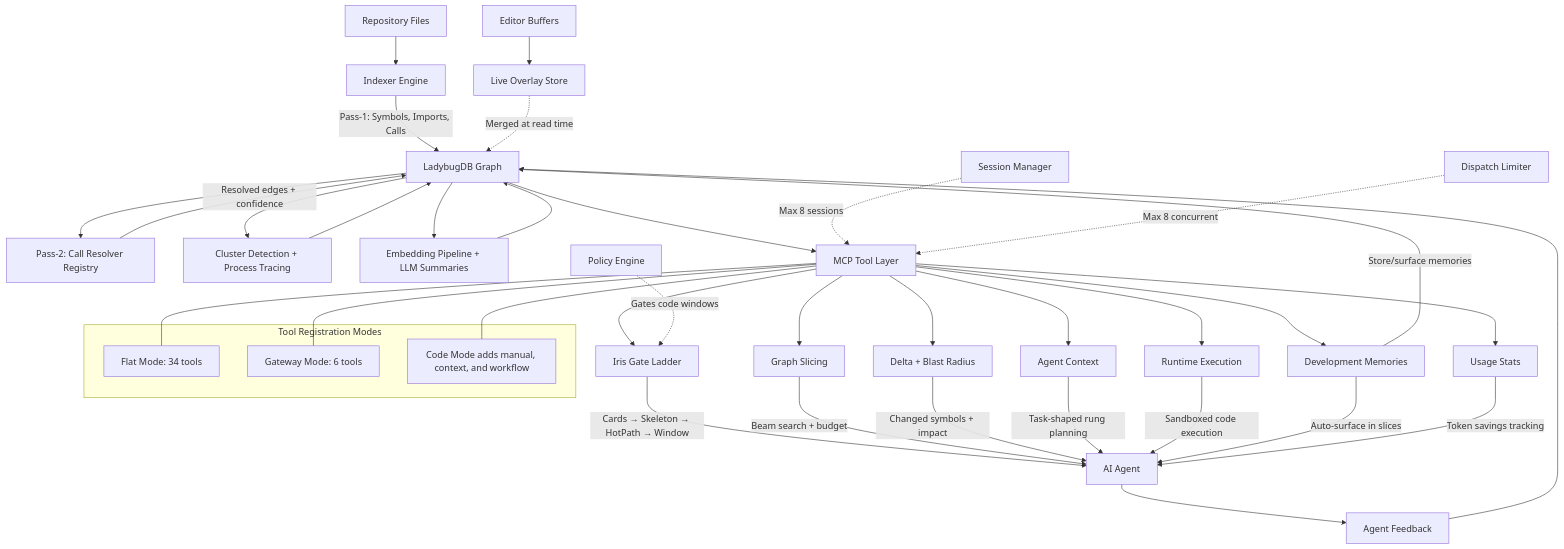
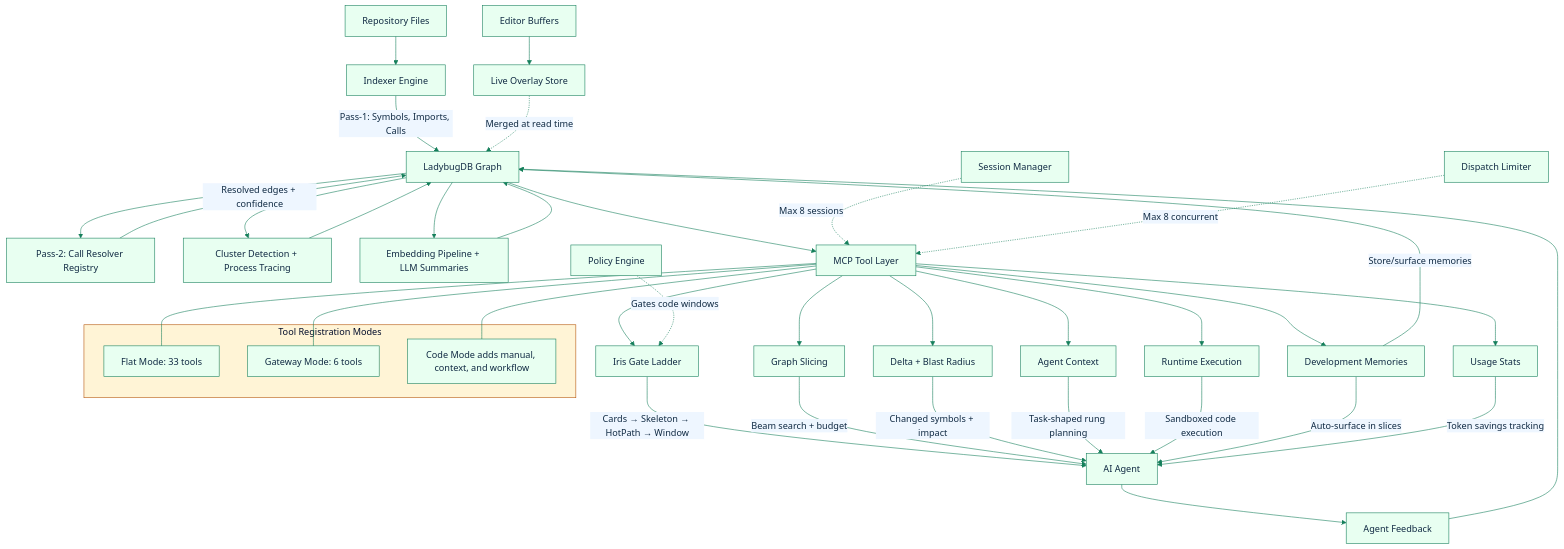
Diagram 14 of 14 in docs/architecture.md (GlitterKill/sdl-mcp), drawn with Mermaid before and after one commit. The commit also changed other lines of this file and 36 other files, not shown here.

````diff
--- a/docs/architecture.md
+++ b/docs/architecture.md
@@ -548,57 +561,58 @@
 ```mermaid
+%%{init: {"theme":"base","themeVariables":{"primaryColor":"#e8fff1","primaryBorderColor":"#157f5b","primaryTextColor":"#102a43","secondaryColor":"#eef6ff","secondaryBorderColor":"#2563eb","tertiaryColor":"#fff4d6","tertiaryBorderColor":"#b45309","lineColor":"#157f5b","fontFamily":"Trebuchet MS, Arial"},"flowchart":{"curve":"basis"}}}%%
 graph TD
     A[Repository Files] --> B[Indexer Engine]
     B --> |Pass-1: Symbols, Imports, Calls| C[LadybugDB Graph]
 
     E[Editor Buffers] --> F[Live Overlay Store]
     F -.-> |Merged at read time| C
 
     C --> G[Pass-2: Call Resolver Registry]
     G --> |Resolved edges + confidence| C
 
     C --> H[Cluster Detection + Process Tracing]
     H --> C
 
     C --> I[Embedding Pipeline + LLM Summaries]
     I --> C
 
     C --> J[MCP Tool Layer]
 
     subgraph Tool Registration Modes
-        J1[Flat Mode: 34 tools]
+        J1[Flat Mode: 33 tools]
         J2[Gateway Mode: 6 tools]
         J3[Code Mode adds manual, context, and workflow]
     end
     J --- J1
     J --- J2
     J --- J3
 
     J --> K[Iris Gate Ladder]
     K --> |Cards → Skeleton → HotPath → Window| L[AI Agent]
 
     J --> M[Graph Slicing]
     M --> |Beam search + budget| L
 
     J --> N[Delta + Blast Radius]
     N --> |Changed symbols + impact| L
 
     J --> O[Agent Context]
     O --> |Task-shaped rung planning| L
 
     J --> U[Runtime Execution]
     U --> |Sandboxed code execution| L
 
     L --> P[Agent Feedback]
     P --> C
 
     J --> T[Development Memories]
     T --> |Store/surface memories| C
     T --> |Auto-surface in slices| L
 
     J --> V[Usage Stats]
     V --> |Token savings tracking| L
 
     Q[Policy Engine] -.-> |Gates code windows| K
     R[Session Manager] -.-> |Max 8 sessions| J
     S[Dispatch Limiter] -.-> |Max 8 concurrent| J
 ```
````
